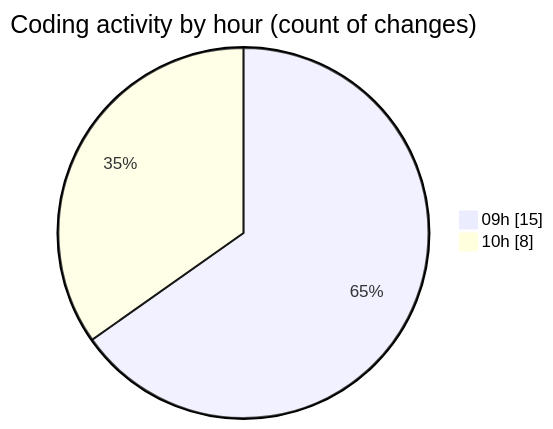
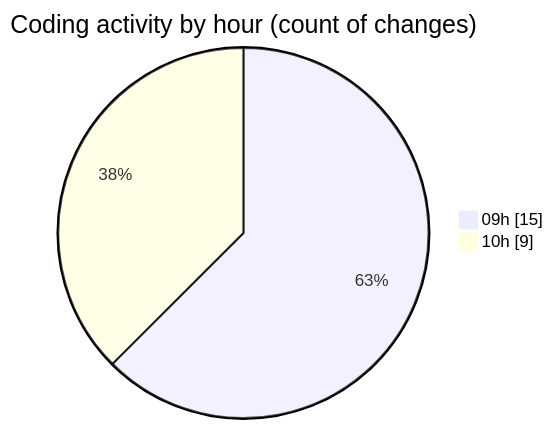
The second of 2 diagrams in 2025-09-16/datanv/README.md (lephambinh05/code-tracking), drawn with Mermaid before and after one commit. The commit also changed other lines of this file and 1 other file, not shown here.

````diff
--- a/2025-09-16/datanv/README.md
+++ b/2025-09-16/datanv/README.md
@@ -35,6 +35,6 @@
 ```mermaid
 pie showData
 title Coding activity by hour (count of changes)
 "09h" : 15
-"10h" : 8
+"10h" : 9
 ```
````
